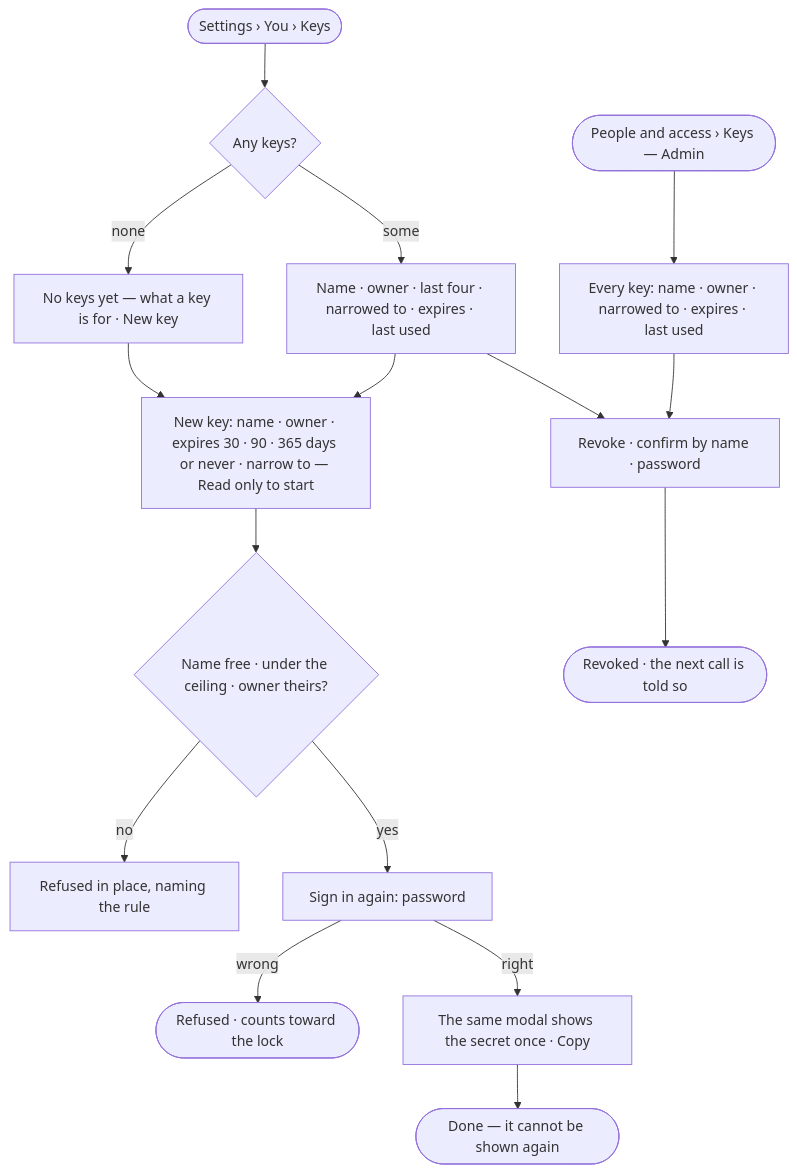
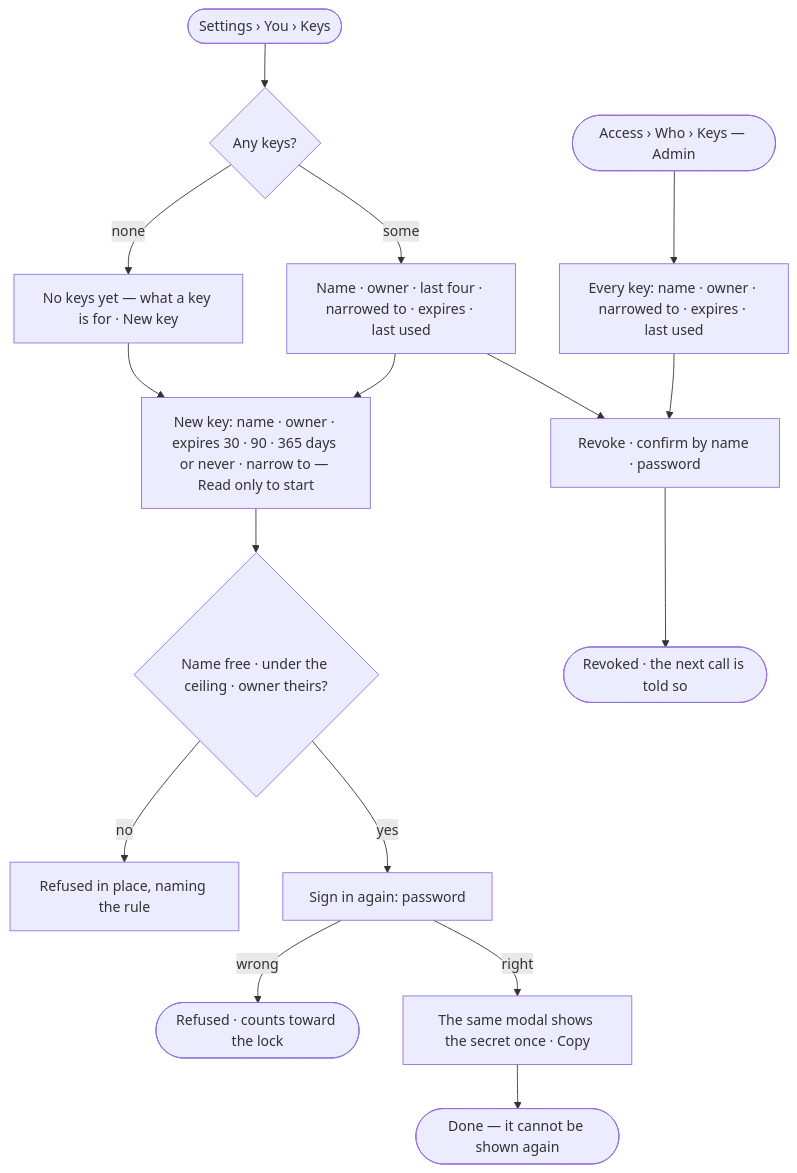
The first of 2 diagrams in specs/os/access/features/AC-F10-keys/stories/AC-10-mint-a-key-that-acts-as-its-owner-narrowed/story.md (invana/invana), drawn with Mermaid before and after one commit. The commit also changed other lines of this file and 133 other files, not shown here.

````diff
--- a/specs/os/access/features/AC-F10-keys/stories/AC-10-mint-a-key-that-acts-as-its-owner-narrowed/story.md
+++ b/specs/os/access/features/AC-F10-keys/stories/AC-10-mint-a-key-that-acts-as-its-owner-narrowed/story.md
@@ -27,18 +27,18 @@
 ```mermaid
 flowchart TD
   me([Settings › You › Keys]) --> l{"Any keys?"}
-  ad([People and access › Keys — Admin]) --> al["Every key: name · owner · narrowed to · expires · last used"]
+  ad([Access › Who › Keys — Admin]) --> al["Every key: name · owner · narrowed to · expires · last used"]
   l -->|none| e["No keys yet — what a key is for · New key"]
   l -->|some| k["Name · owner · last four · narrowed to · expires · last used"]
   e --> n["New key: name · owner · expires 30 · 90 · 365 days or never · narrow to — Read only to start"]
   k --> n
   n --> v{"Name free · under the ceiling · owner theirs?"}
   v -->|no| r["Refused in place, naming the rule"]
   v -->|yes| pw["Sign in again: password"]
   pw -->|wrong| pr(["Refused · counts toward the lock"])
   pw -->|right| s["The same modal shows the secret once · Copy"]
   s --> d(["Done — it cannot be shown again"])
   k --> rv["Revoke · confirm by name · password"]
   al --> rv
   rv --> gone(["Revoked · the next call is told so"])
 ```
````
